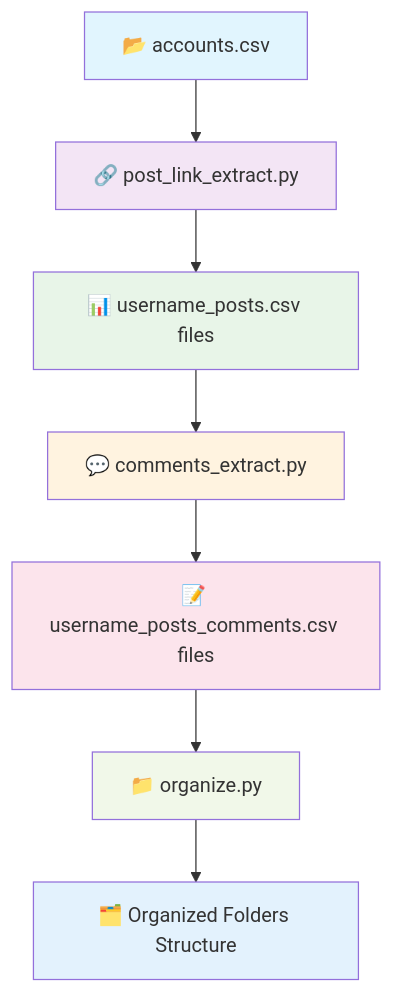
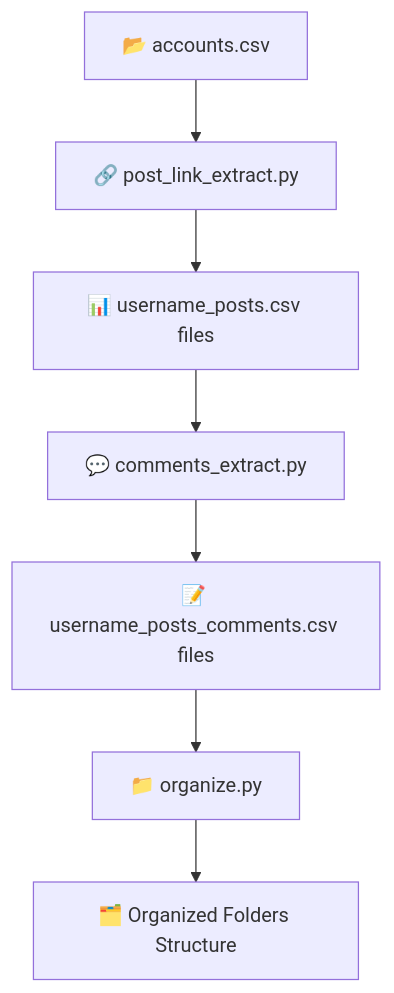
One commit to SaadMakki/Instagram-comments-scraper-free changed the diagram in README.md. Above: the diagram before and after it, drawn with Mermaid. The commit also changed other lines of this file, not shown here.

````diff
--- a/README.md
+++ b/README.md
@@ -13,17 +13,11 @@
 ```mermaid
 graph TD
     A[📂 accounts.csv] --> B[🔗 post_link_extract.py]
     B --> C[📊 username_posts.csv files]
     C --> D[💬 comments_extract.py]
     D --> E[📝 username_posts_comments.csv files]
     E --> F[📁 organize.py]
     F --> G[🗂️ Organized Folders Structure]
     
-    style A fill:#e1f5fe
-    style B fill:#f3e5f5
-    style C fill:#e8f5e8
-    style D fill:#fff3e0
-    style E fill:#fce4ec
-    style F fill:#f1f8e9
-    style G fill:#e3f2fd
+    
 ```
````
